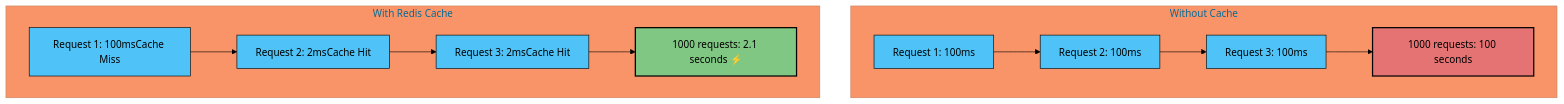
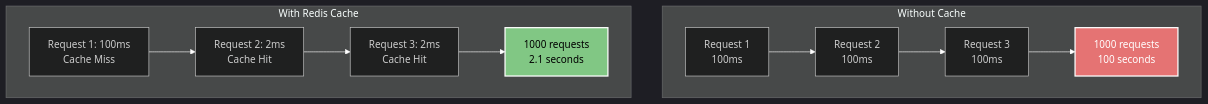
Before and after one commit to simplyarfan/Sentiment-API: the fourth of 4 diagrams in README.md, drawn with Mermaid. The commit also changed other lines of this file and 3 other files, not shown here.

First line of the commit message:
Add custom favicon, fix LinkedIn URL, improve Mermaid diagrams

````diff
--- a/README.md
+++ b/README.md
@@ -147,18 +145,18 @@
 ```mermaid
-%%{init: {'theme':'base', 'themeVariables': { 'primaryColor':'#4fc3f7','primaryTextColor':'#000','primaryBorderColor':'#000','lineColor':'#000'}}}%%
+%%{init: {'theme':'dark', 'themeVariables': { 'primaryColor':'#4fc3f7','primaryTextColor':'#fff','primaryBorderColor':'#fff','lineColor':'#ffffff'}}}%%
 graph TD
     subgraph "Without Cache"
-        A1[Request 1: 100ms] --> A2[Request 2: 100ms]
-        A2 --> A3[Request 3: 100ms]
-        A3 --> A4[1000 requests: 100 seconds]
+        A1[Request 1<br/>100ms] --> A2[Request 2<br/>100ms]
+        A2 --> A3[Request 3<br/>100ms]
+        A3 --> A4[1000 requests<br/>100 seconds]
     end
-    
+
     subgraph "With Redis Cache"
-        B1[Request 1: 100msCache Miss] --> B2[Request 2: 2msCache Hit]
-        B2 --> B3[Request 3: 2msCache Hit]
-        B3 --> B4[1000 requests: 2.1 seconds ⚡]
+        B1[Request 1: 100ms<br/>Cache Miss] --> B2[Request 2: 2ms<br/>Cache Hit]
+        B2 --> B3[Request 3: 2ms<br/>Cache Hit]
+        B3 --> B4[1000 requests<br/>2.1 seconds]
     end
-    
-    style A4 fill:#e57373,stroke:#000,stroke-width:2px,color:#000
-    style B4 fill:#81c784,stroke:#000,stroke-width:2px,color:#000
+
+    style A4 fill:#e57373,stroke:#fff,stroke-width:2px,color:#fff
+    style B4 fill:#81c784,stroke:#fff,stroke-width:2px,color:#000
 ```
````
